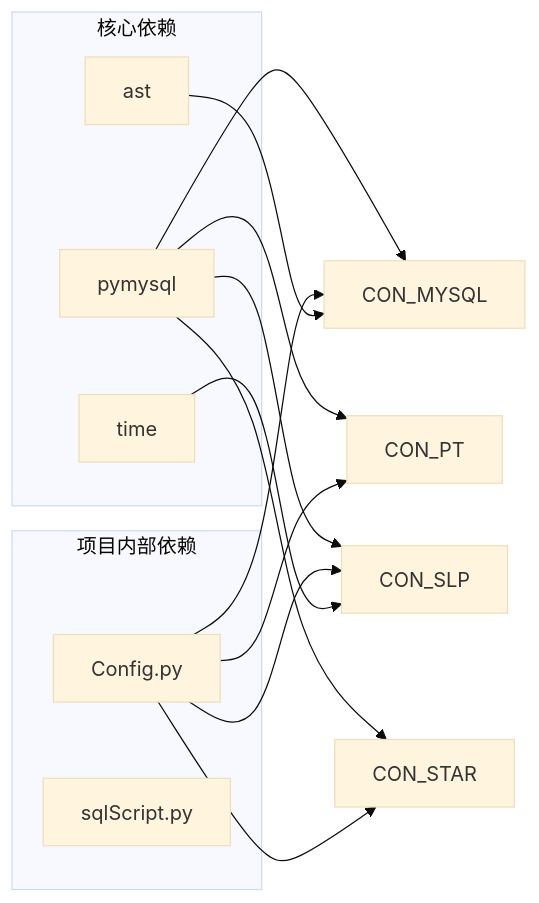
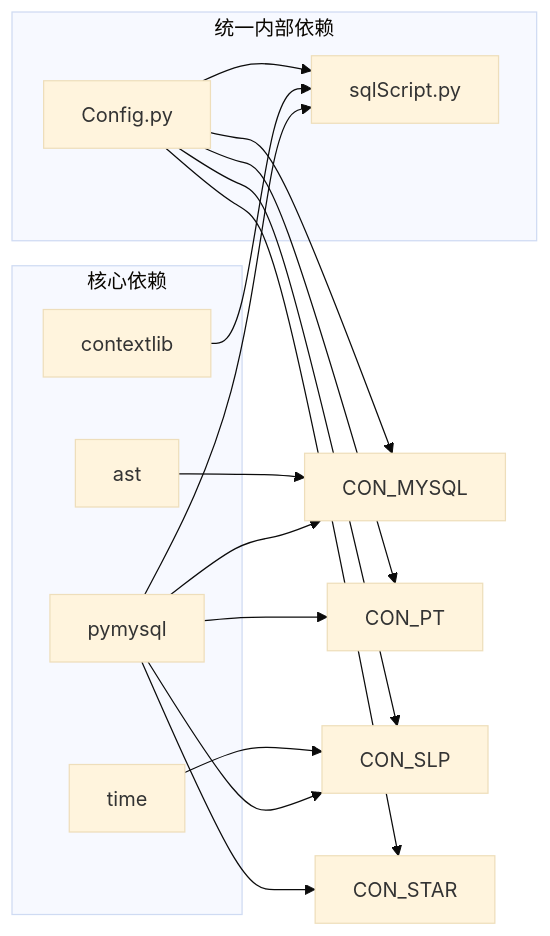
One commit to liximing1-ola/qa-payTest changed diagram 12 of 16 in .qoder/repowiki/zh/content/数据库管理/MySQL连接管理.md. Above: the diagram before and after it, drawn with Mermaid (base theme). The commit also changed other lines of this file and 6 other files, not shown here.

````diff
--- a/.qoder/repowiki/zh/content/数据库管理/MySQL连接管理.md
+++ b/.qoder/repowiki/zh/content/数据库管理/MySQL连接管理.md
@@ -460,22 +473,26 @@
 ```mermaid
 graph LR
 subgraph "核心依赖"
 PYMYSQL[pymysql]
 TIME[time]
 AST[ast]
+CONTEXTLIB[contextlib]
 end
-subgraph "项目内部依赖"
+subgraph "统一内部依赖"
+SQLSCRIPT[sqlScript.py]
 CONFIG[Config.py]
-SQLSCRIPT[sqlScript.py]
 end
+PYMYSQL --> SQLSCRIPT
 PYMYSQL --> CON_MYSQL
 PYMYSQL --> CON_PT
 PYMYSQL --> CON_SLP
 PYMYSQL --> CON_STAR
+CONTEXTLIB --> SQLSCRIPT
+CONFIG --> SQLSCRIPT
 CONFIG --> CON_MYSQL
 CONFIG --> CON_PT
 CONFIG --> CON_SLP
 CONFIG --> CON_STAR
 TIME --> CON_SLP
 AST --> CON_MYSQL
 ```
````
